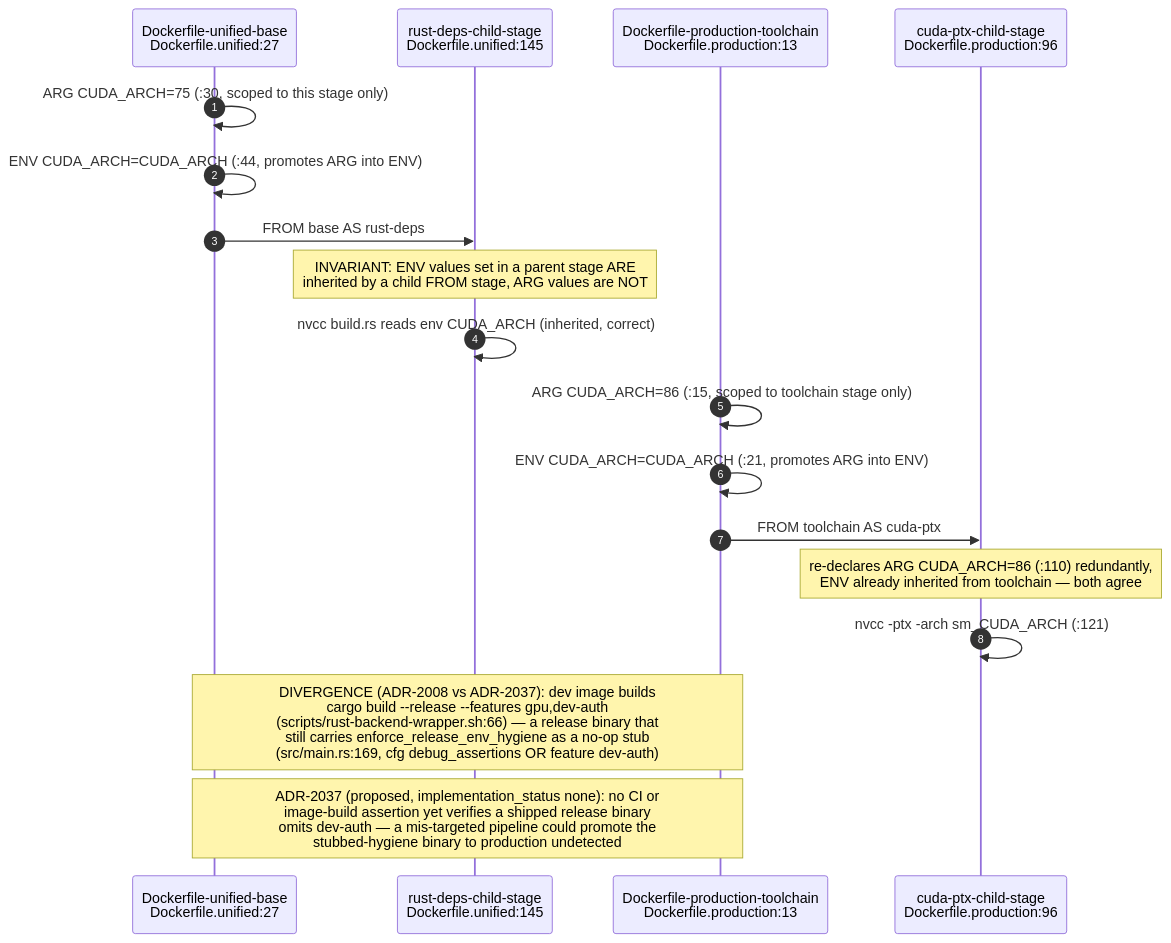
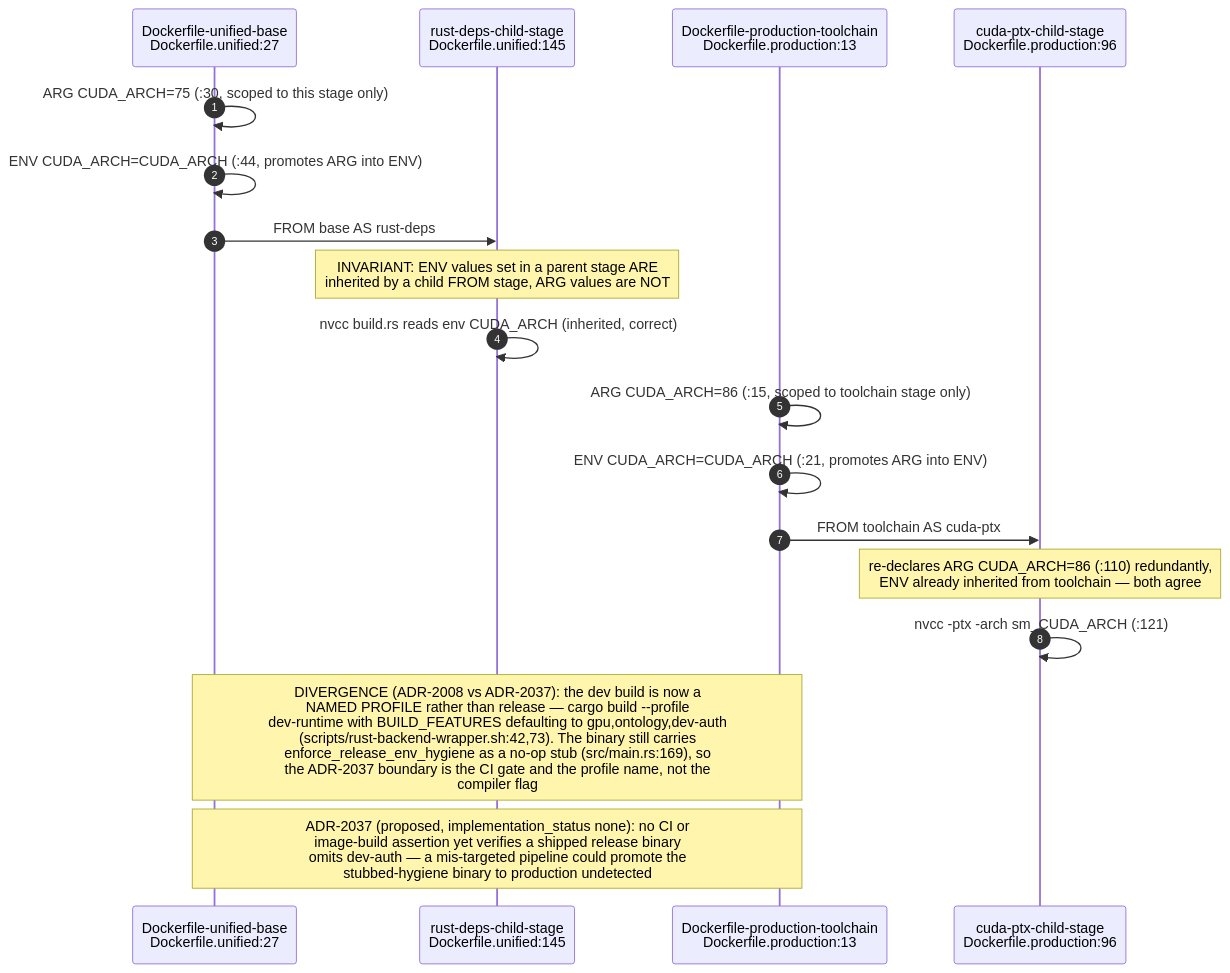
One commit to DreamLab-AI/VisionFlow changed the fifth of 23 diagrams in docs/diagrams/estate/09-build-deploy-and-ci-estate.md. Above: the diagram before and after it, drawn with Mermaid. The commit also changed other lines of this file and 12 other files, not shown here.

````diff
--- a/docs/diagrams/estate/09-build-deploy-and-ci-estate.md
+++ b/docs/diagrams/estate/09-build-deploy-and-ci-estate.md
@@ -193,23 +193,23 @@
 ```mermaid
 sequenceDiagram
     autonumber
     participant U as Dockerfile-unified-base<br/>Dockerfile.unified:27
     participant C1 as rust-deps-child-stage<br/>Dockerfile.unified:145
     participant P as Dockerfile-production-toolchain<br/>Dockerfile.production:13
     participant C2 as cuda-ptx-child-stage<br/>Dockerfile.production:96
 
     U->>U: ARG CUDA_ARCH=75 (:30, scoped to this stage only)
     U->>U: ENV CUDA_ARCH=CUDA_ARCH (:44, promotes ARG into ENV)
     U->>C1: FROM base AS rust-deps
     Note over C1: INVARIANT: ENV values set in a parent stage ARE<br/>inherited by a child FROM stage, ARG values are NOT
     C1->>C1: nvcc build.rs reads env CUDA_ARCH (inherited, correct)
 
     P->>P: ARG CUDA_ARCH=86 (:15, scoped to toolchain stage only)
     P->>P: ENV CUDA_ARCH=CUDA_ARCH (:21, promotes ARG into ENV)
     P->>C2: FROM toolchain AS cuda-ptx
     Note over C2: re-declares ARG CUDA_ARCH=86 (:110) redundantly,<br/>ENV already inherited from toolchain — both agree
     C2->>C2: nvcc -ptx -arch sm_CUDA_ARCH (:121)
 
-    Note over U,P: DIVERGENCE (ADR-2008 vs ADR-2037): dev image builds<br/>cargo build --release --features gpu,dev-auth<br/>(scripts/rust-backend-wrapper.sh:66) — a release binary that<br/>still carries enforce_release_env_hygiene as a no-op stub<br/>(src/main.rs:169, cfg debug_assertions OR feature dev-auth)
+    Note over U,P: DIVERGENCE (ADR-2008 vs ADR-2037): the dev build is now a<br/>NAMED PROFILE rather than release — cargo build --profile<br/>dev-runtime with BUILD_FEATURES defaulting to gpu,ontology,dev-auth<br/>(scripts/rust-backend-wrapper.sh:42,73). The binary still carries<br/>enforce_release_env_hygiene as a no-op stub (src/main.rs:169), so<br/>the ADR-2037 boundary is the CI gate and the profile name, not the<br/>compiler flag
     Note over U,P: ADR-2037 (proposed, implementation_status none): no CI or<br/>image-build assertion yet verifies a shipped release binary<br/>omits dev-auth — a mis-targeted pipeline could promote the<br/>stubbed-hygiene binary to production undetected
 ```
````
